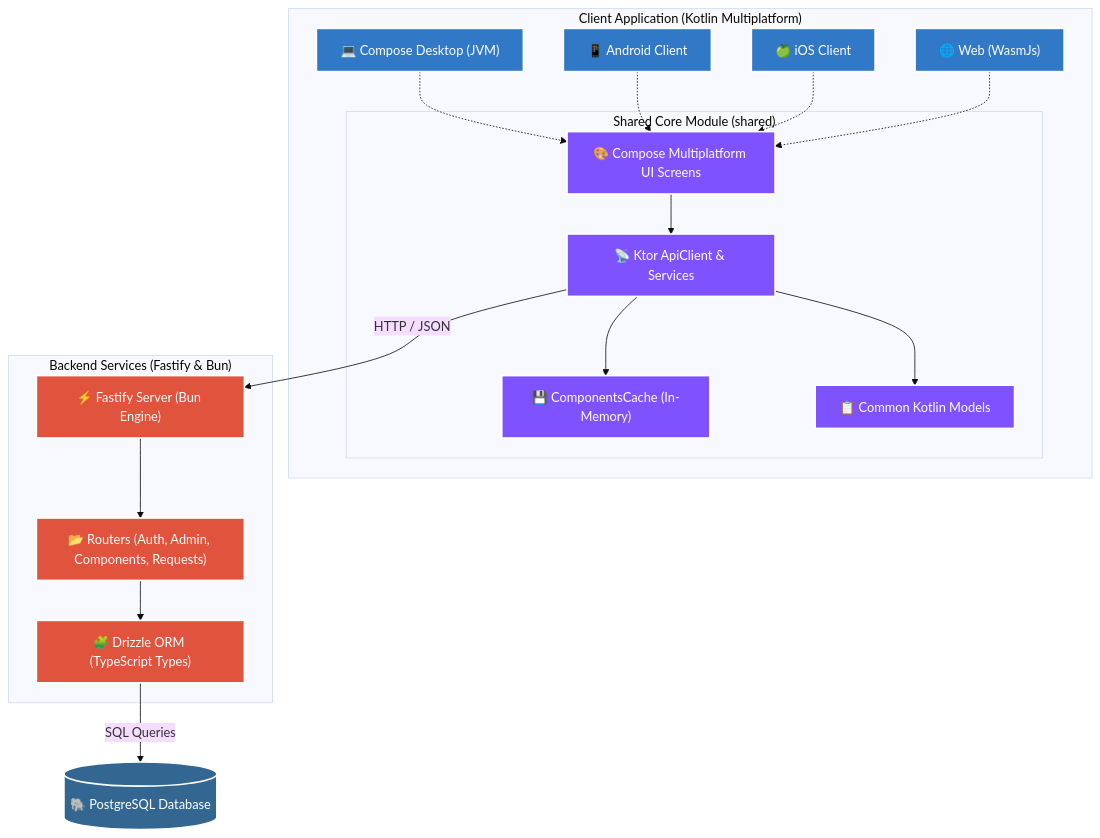
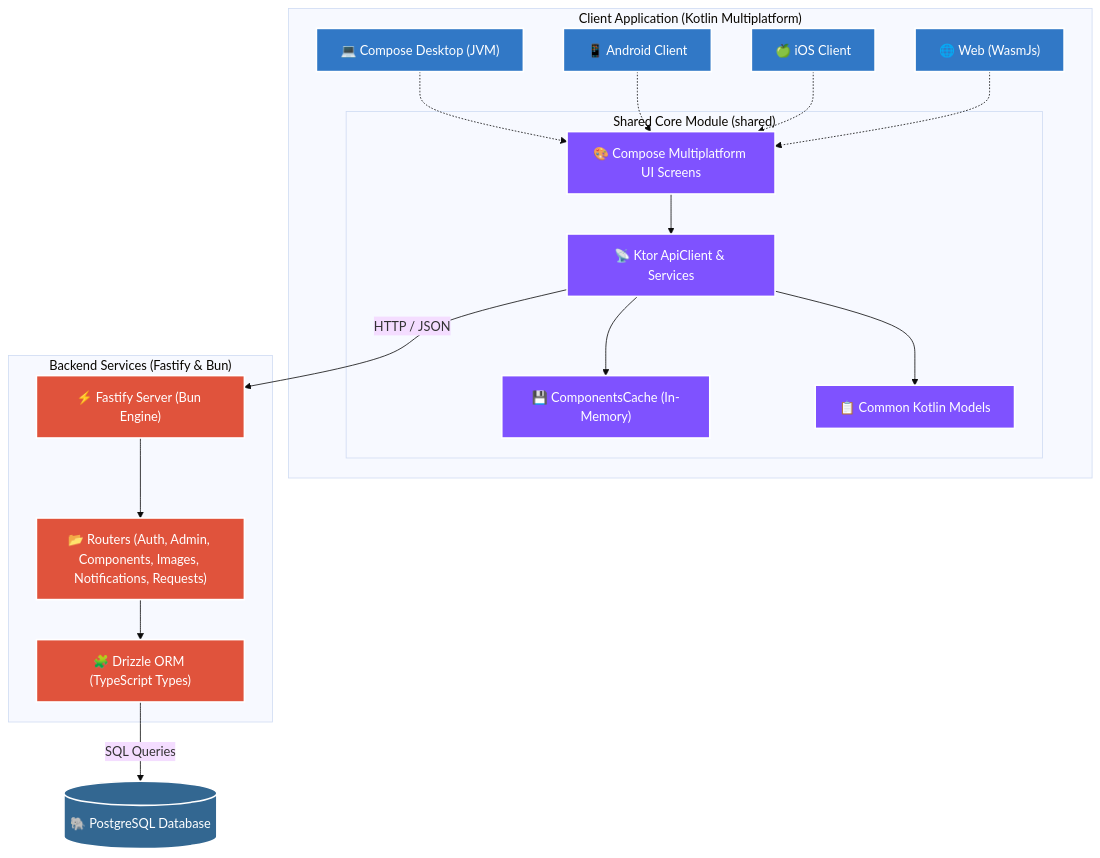
The first of 2 diagrams in README.md (sharifmdathar/iiitnr-inventory-app), drawn with Mermaid (base theme) before and after one commit. The commit also changed other lines of this file and 56 other files, not shown here.

````diff
--- a/README.md
+++ b/README.md
@@ -100,46 +108,46 @@
 ```mermaid
 graph TD
     %% Styling
     classDef shared fill:#7F52FF,stroke:#fff,stroke-width:2px,color:#fff;
     classDef backend fill:#E0533C,stroke:#fff,stroke-width:2px,color:#fff;
     classDef client fill:#3178C6,stroke:#fff,stroke-width:2px,color:#fff;
     classDef db fill:#336791,stroke:#fff,stroke-width:2px,color:#fff;
 
     %% Client Frontend Targets
     subgraph "Client Application (Kotlin Multiplatform)"
         Desktop["💻 Compose Desktop (JVM)"]:::client
         Android["📱 Android Client"]:::client
         iOS["🍏 iOS Client"]:::client
         Web["🌐 Web (WasmJs)"]:::client
         
         %% Shared Core Module
         subgraph "Shared Core Module (shared)"
             UI["🎨 Compose Multiplatform UI Screens"]:::shared
             API["📡 Ktor ApiClient & Services"]:::shared
             Cache["💾 ComponentsCache (In-Memory)"]:::shared
             Models["📋 Common Kotlin Models"]:::shared
         end
     end
 
     %% Network Connection
     Desktop & Android & iOS & Web -.-> UI
     UI --> API
     API --> Cache
     API --> Models
 
     %% Backend Engine
     subgraph "Backend Services (Fastify & Bun)"
         API_Gateway["⚡ Fastify Server (Bun Engine)"]:::backend
-        Routes["📂 Routers (Auth, Admin, Components, Requests)"]:::backend
+        Routes["📂 Routers (Auth, Admin, Components, Images, Notifications, Requests)"]:::backend
         Drizzle["🧩 Drizzle ORM (TypeScript Types)"]:::backend
     end
 
     API -- HTTP / JSON --> API_Gateway
     API_Gateway --> Routes
     Routes --> Drizzle
 
     %% Database
     Database[("🐘 PostgreSQL Database")]:::db
     Drizzle -- SQL Queries --> Database
 
 ```
````
